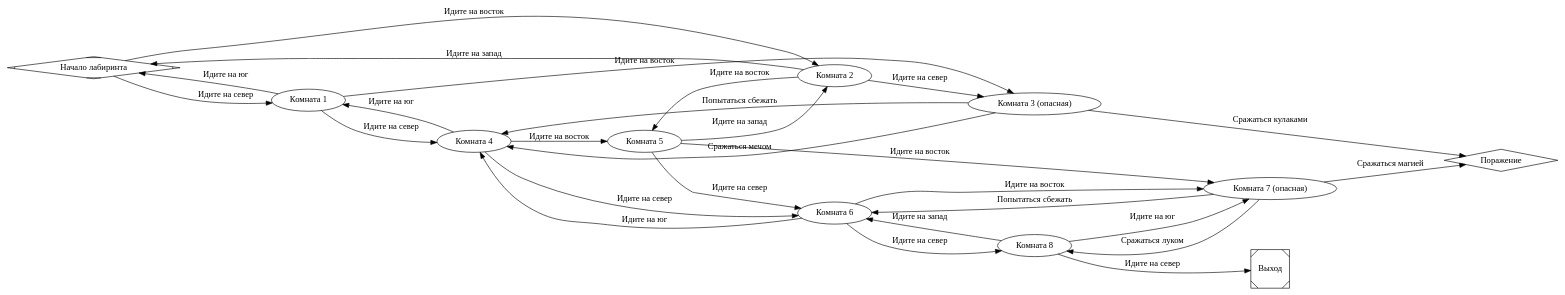
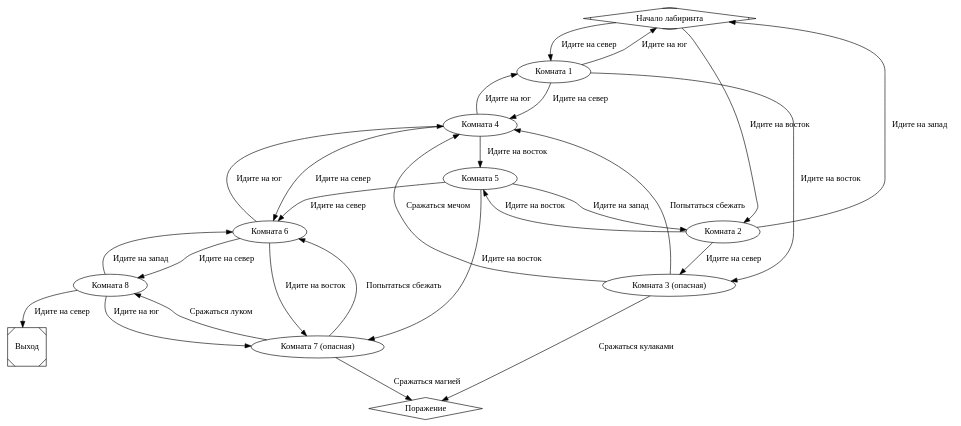
One commit to alexomur/MireaPython changed the diagram in Practice 3/game_graph.dot. Above: the diagram before and after it, drawn with Graphviz. The commit also changed 4 other files, not shown here.

```diff
--- a/Practice 3/game_graph.dot
+++ b/Practice 3/game_graph.dot
@@ -1,41 +1,41 @@
 // Game Graph
 digraph {
-	rankdir=LR
+	rankdir=UD
 	start [label="Начало лабиринта" shape=Mdiamond]
 	room1 [label="Комната 1" shape=ellipse]
 	room2 [label="Комната 2" shape=ellipse]
 	room3 [label="Комната 3 (опасная)" shape=ellipse]
 	room4 [label="Комната 4" shape=ellipse]
 	room5 [label="Комната 5" shape=ellipse]
 	room6 [label="Комната 6" shape=ellipse]
 	room7 [label="Комната 7 (опасная)" shape=ellipse]
 	room8 [label="Комната 8" shape=ellipse]
 	end [label="Выход" shape=Msquare]
 	dead [label="Поражение" shape=diamond]
 	start -> room1 [label="Идите на север"]
 	start -> room2 [label="Идите на восток"]
 	room1 -> room4 [label="Идите на север"]
 	room1 -> room3 [label="Идите на восток"]
 	room1 -> start [label="Идите на юг"]
 	room2 -> start [label="Идите на запад"]
 	room2 -> room3 [label="Идите на север"]
 	room2 -> room5 [label="Идите на восток"]
 	room3 -> room4 [label="Попытаться сбежать"]
 	room3 -> room4 [label="Сражаться мечом"]
 	room3 -> dead [label="Сражаться кулаками"]
 	room4 -> room5 [label="Идите на восток"]
 	room4 -> room1 [label="Идите на юг"]
 	room4 -> room6 [label="Идите на север"]
 	room5 -> room2 [label="Идите на запад"]
 	room5 -> room6 [label="Идите на север"]
 	room5 -> room7 [label="Идите на восток"]
 	room6 -> room4 [label="Идите на юг"]
 	room6 -> room7 [label="Идите на восток"]
 	room6 -> room8 [label="Идите на север"]
 	room7 -> room6 [label="Попытаться сбежать"]
 	room7 -> dead [label="Сражаться магией"]
 	room7 -> room8 [label="Сражаться луком"]
 	room8 -> room6 [label="Идите на запад"]
 	room8 -> end [label="Идите на север"]
 	room8 -> room7 [label="Идите на юг"]
 }
```
